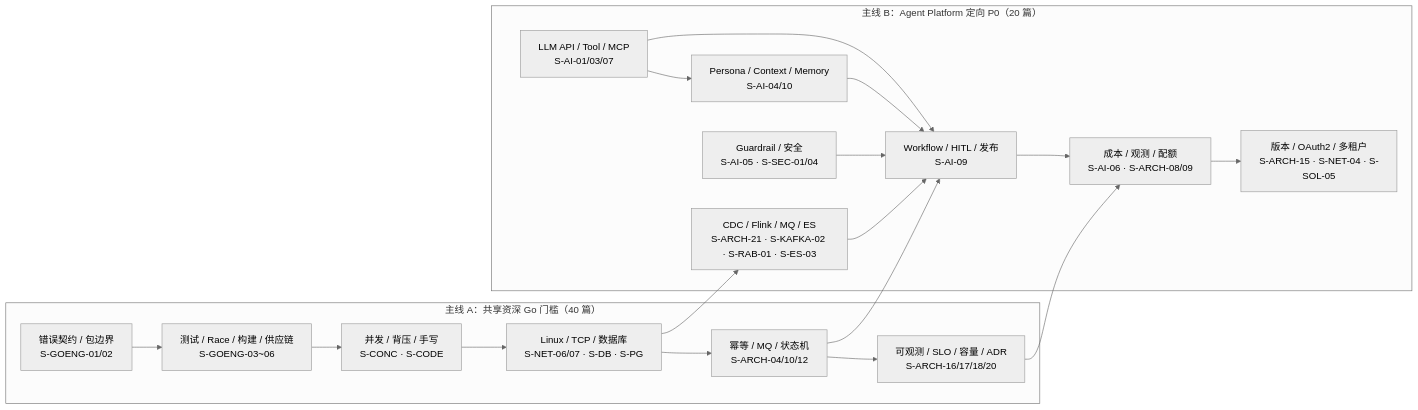
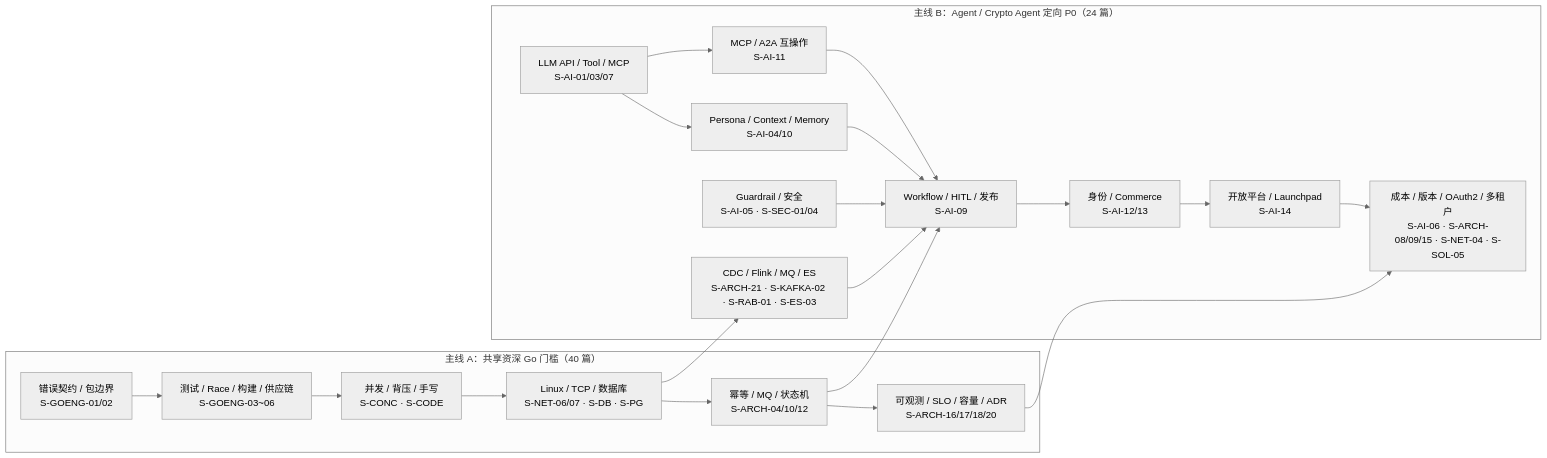
One commit to twodog-tt/Golang-development-manual changed the first of 2 diagrams in docs/interview/_meta/p0-knowledge-graph.md. Above: the diagram before and after it, drawn with Mermaid (neutral theme). The commit also changed other lines of this file and 20 other files, not shown here.

Commit message:
docs: add crypto agent ecosystem interview track

````diff
--- a/docs/interview/_meta/p0-knowledge-graph.md
+++ b/docs/interview/_meta/p0-knowledge-graph.md
@@ -65,30 +65,32 @@
 ```mermaid
 flowchart LR
   subgraph A["主线 A：共享资深 Go 门槛（40 篇）"]
     A1["错误契约 / 包边界<br/>S-GOENG-01/02"]
     A2["测试 / Race / 构建 / 供应链<br/>S-GOENG-03~06"]
     A3["并发 / 背压 / 手写<br/>S-CONC · S-CODE"]
     A4["Linux / TCP / 数据库<br/>S-NET-06/07 · S-DB · S-PG"]
     A5["幂等 / MQ / 状态机<br/>S-ARCH-04/10/12"]
     A6["可观测 / SLO / 容量 / ADR<br/>S-ARCH-16/17/18/20"]
     A1 --> A2 --> A3 --> A4 --> A5 --> A6
   end
 
-  subgraph B["主线 B：Agent Platform 定向 P0（20 篇）"]
+  subgraph B["主线 B：Agent / Crypto Agent 定向 P0（24 篇）"]
     B1["LLM API / Tool / MCP<br/>S-AI-01/03/07"]
-    B2["Workflow / HITL / 发布<br/>S-AI-09"]
-    B3["Persona / Context / Memory<br/>S-AI-04/10"]
-    B4["Guardrail / 安全<br/>S-AI-05 · S-SEC-01/04"]
-    B5["成本 / 观测 / 配额<br/>S-AI-06 · S-ARCH-08/09"]
-    B6["版本 / OAuth2 / 多租户<br/>S-ARCH-15 · S-NET-04 · S-SOL-05"]
-    B7["CDC / Flink / MQ / ES<br/>S-ARCH-21 · S-KAFKA-02 · S-RAB-01 · S-ES-03"]
-    B1 --> B2
-    B1 --> B3 --> B2
-    B4 --> B2 --> B5 --> B6
-    B7 --> B2
+    B2["MCP / A2A 互操作<br/>S-AI-11"]
+    B3["Workflow / HITL / 发布<br/>S-AI-09"]
+    B4["Persona / Context / Memory<br/>S-AI-04/10"]
+    B5["Guardrail / 安全<br/>S-AI-05 · S-SEC-01/04"]
+    B6["身份 / Commerce<br/>S-AI-12/13"]
+    B7["开放平台 / Launchpad<br/>S-AI-14"]
+    B8["成本 / 版本 / OAuth2 / 多租户<br/>S-AI-06 · S-ARCH-08/09/15 · S-NET-04 · S-SOL-05"]
+    B9["CDC / Flink / MQ / ES<br/>S-ARCH-21 · S-KAFKA-02 · S-RAB-01 · S-ES-03"]
+    B1 --> B2 --> B3
+    B1 --> B4 --> B3
+    B5 --> B3 --> B6 --> B7 --> B8
+    B9 --> B3
   end
 
-  A5 --> B2
-  A6 --> B5
-  A4 --> B7
+  A5 --> B3
+  A6 --> B8
+  A4 --> B9
 ```
````
